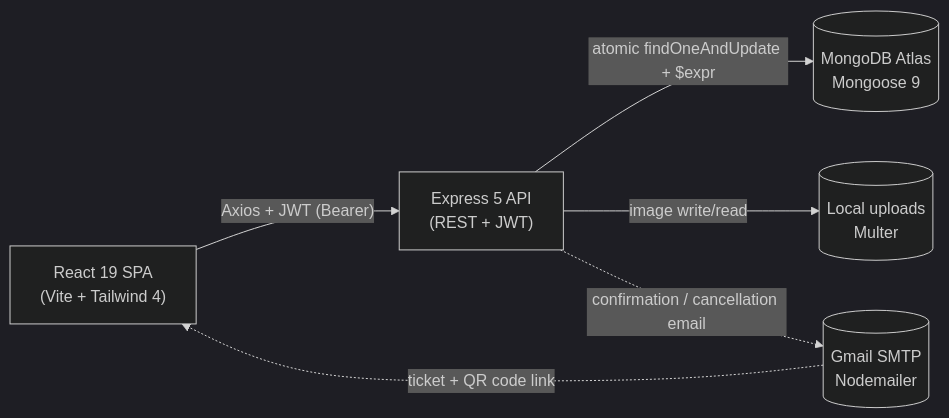
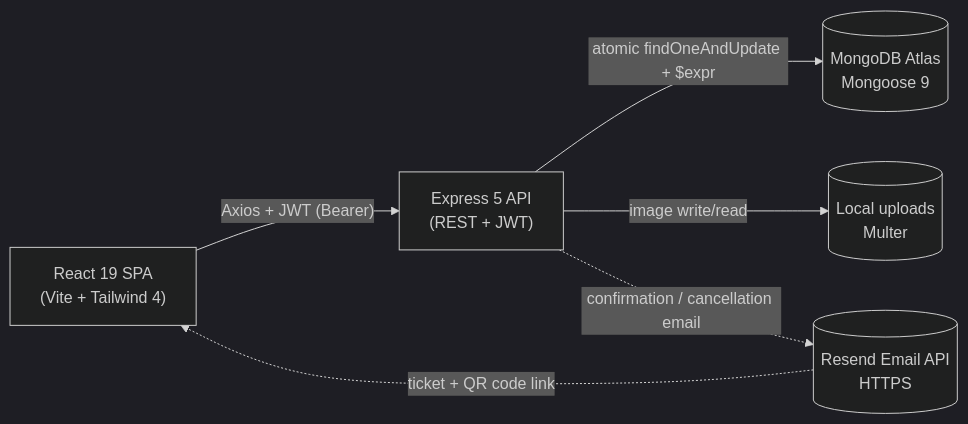
Before and after one commit to snehasish-1230/event-booking-system: the diagram in docs/build-guide.md, drawn with Mermaid (dark theme). The commit also changed other lines of this file and 20 other files, not shown here.

````diff
--- a/docs/build-guide.md
+++ b/docs/build-guide.md
@@ -82,14 +82,14 @@
 ```mermaid
 flowchart LR
   Browser["React 19 SPA<br/>(Vite + Tailwind 4)"]
   API["Express 5 API<br/>(REST + JWT)"]
   DB[("MongoDB Atlas<br/>Mongoose 9")]
-  SMTP[("Gmail SMTP<br/>Nodemailer")]
+  Resend[("Resend Email API<br/>HTTPS")]
   FS[("Local uploads<br/>Multer")]
 
   Browser -- "Axios + JWT (Bearer)" --> API
   API -- "atomic findOneAndUpdate + $expr" --> DB
   API -- "image write/read" --> FS
-  API -. "confirmation / cancellation email" .-> SMTP
-  SMTP -. "ticket + QR code link" .-> Browser
+  API -. "confirmation / cancellation email" .-> Resend
+  Resend -. "ticket + QR code link" .-> Browser
 ```
````
